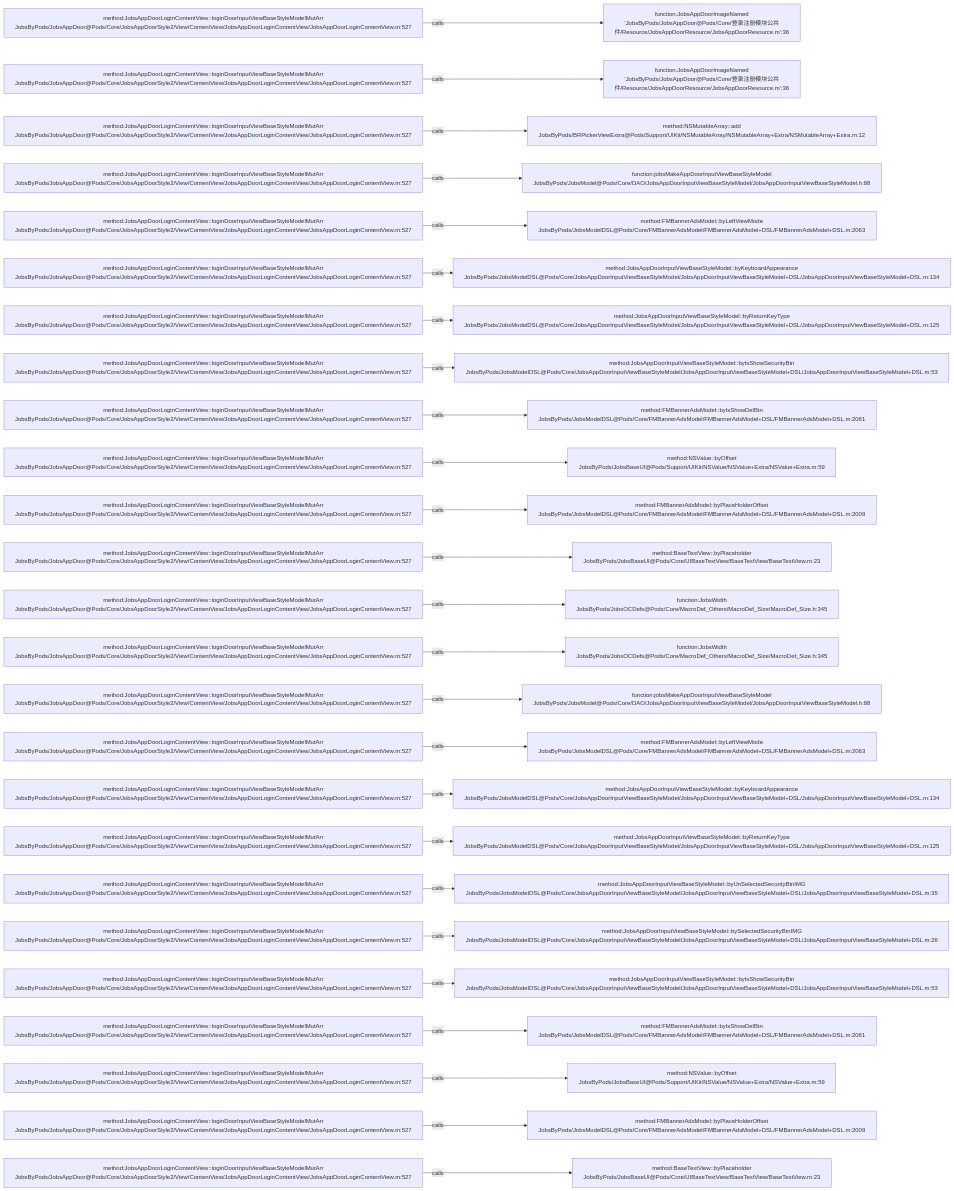
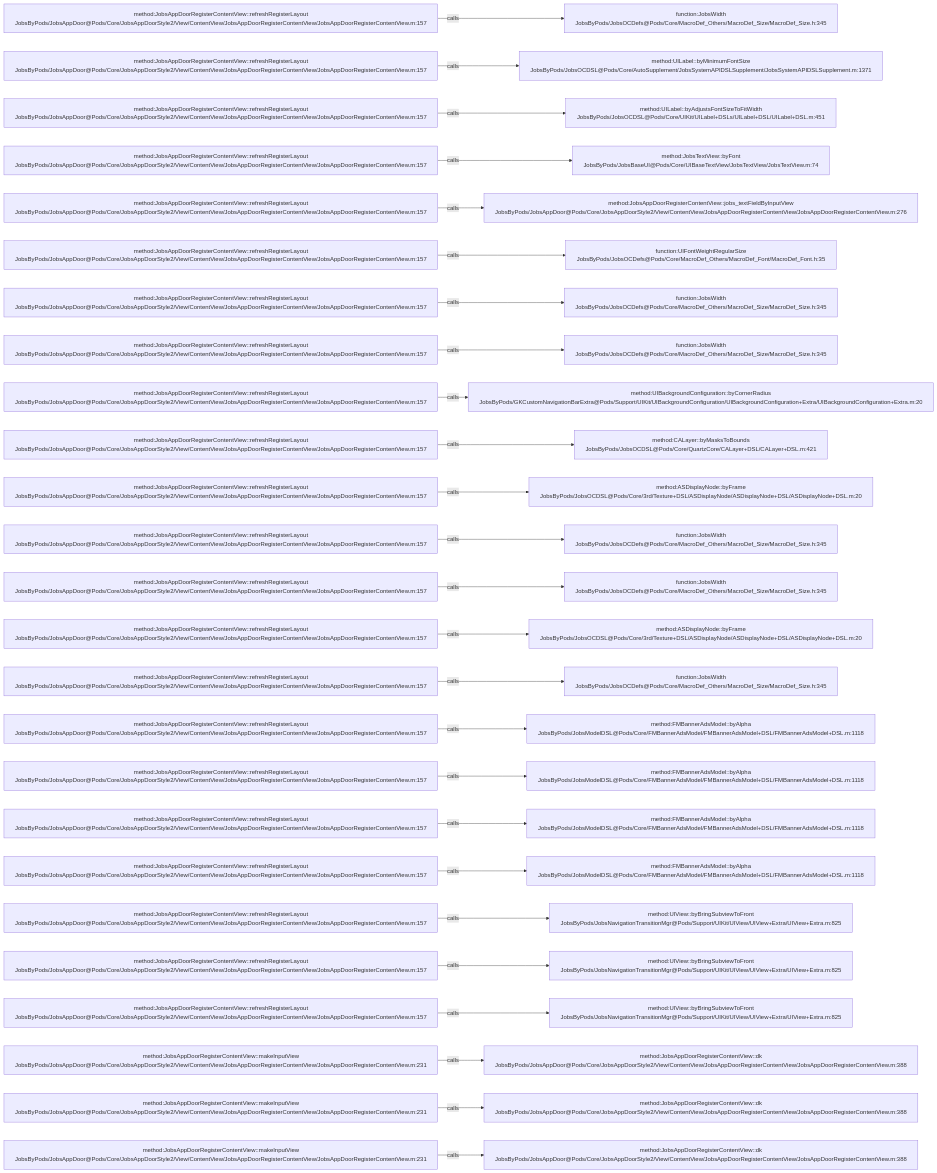
The diagram in .codegraph/codegraph.md/graphs/calls-127.md (JobsKits/JobsOCBaseConfigDemo), drawn with Mermaid before and after one commit. The commit also changed 223 other files, not shown here.

````diff
--- a/.codegraph/codegraph.md/graphs/calls-127.md
+++ b/.codegraph/codegraph.md/graphs/calls-127.md
@@ -13,78 +13,78 @@
 ```mermaid
 flowchart LR
-  S1["method:JobsAppDoorLoginContentView::loginDoorInputViewBaseStyleModelMutArr<br/>JobsByPods/JobsAppDoor@Pods/Core/JobsAppDoorStyle2/View/ContentView/JobsAppDoorLoginContentView/JobsAppDoorLoginContentView.m:527"]
-  T1["function:JobsAppDoorImageNamed<br/>'JobsByPods/JobsAppDoor@Pods/Core/登录注册模块公共件/Resource/JobsAppDoorResource/JobsAppDoorResource.m':36"]
+  S1["method:JobsAppDoorRegisterContentView::refreshRegisterLayout<br/>JobsByPods/JobsAppDoor@Pods/Core/JobsAppDoorStyle2/View/ContentView/JobsAppDoorRegisterContentView/JobsAppDoorRegisterContentView.m:157"]
+  T1["function:JobsWidth<br/>JobsByPods/JobsOCDefs@Pods/Core/MacroDef_Others/MacroDef_Size/MacroDef_Size.h:345"]
   S1 -->|calls| T1
-  S2["method:JobsAppDoorLoginContentView::loginDoorInputViewBaseStyleModelMutArr<br/>JobsByPods/JobsAppDoor@Pods/Core/JobsAppDoorStyle2/View/ContentView/JobsAppDoorLoginContentView/JobsAppDoorLoginContentView.m:527"]
-  T2["function:JobsAppDoorImageNamed<br/>'JobsByPods/JobsAppDoor@Pods/Core/登录注册模块公共件/Resource/JobsAppDoorResource/JobsAppDoorResource.m':36"]
+  S2["method:JobsAppDoorRegisterContentView::refreshRegisterLayout<br/>JobsByPods/JobsAppDoor@Pods/Core/JobsAppDoorStyle2/View/ContentView/JobsAppDoorRegisterContentView/JobsAppDoorRegisterContentView.m:157"]
+  T2["method:UILabel::byMinimumFontSize<br/>JobsByPods/JobsOCDSL@Pods/Core/AutoSupplement/JobsSystemAPIDSLSupplement/JobsSystemAPIDSLSupplement.m:1371"]
   S2 -->|calls| T2
-  S3["method:JobsAppDoorLoginContentView::loginDoorInputViewBaseStyleModelMutArr<br/>JobsByPods/JobsAppDoor@Pods/Core/JobsAppDoorStyle2/View/ContentView/JobsAppDoorLoginContentView/JobsAppDoorLoginContentView.m:527"]
-  T3["method:NSMutableArray::add<br/>JobsByPods/BRPickerViewExtra@Pods/Support/UIKit/NSMutableArray/NSMutableArray+Extra/NSMutableArray+Extra.m:12"]
+  S3["method:JobsAppDoorRegisterContentView::refreshRegisterLayout<br/>JobsByPods/JobsAppDoor@Pods/Core/JobsAppDoorStyle2/View/ContentView/JobsAppDoorRegisterContentView/JobsAppDoorRegisterContentView.m:157"]
+  T3["method:UILabel::byAdjustsFontSizeToFitWidth<br/>JobsByPods/JobsOCDSL@Pods/Core/UIKit/UILabel+DSLs/UILabel+DSL/UILabel+DSL.m:451"]
   S3 -->|calls| T3
-  S4["method:JobsAppDoorLoginContentView::loginDoorInputViewBaseStyleModelMutArr<br/>JobsByPods/JobsAppDoor@Pods/Core/JobsAppDoorStyle2/View/ContentView/JobsAppDoorLoginContentView/JobsAppDoorLoginContentView.m:527"]
-  T4["function:jobsMakeAppDoorInputViewBaseStyleModel<br/>JobsByPods/JobsModel@Pods/Core/DAO/JobsAppDoorInputViewBaseStyleModel/JobsAppDoorInputViewBaseStyleModel.h:88"]
+  S4["method:JobsAppDoorRegisterContentView::refreshRegisterLayout<br/>JobsByPods/JobsAppDoor@Pods/Core/JobsAppDoorStyle2/View/ContentView/JobsAppDoorRegisterContentView/JobsAppDoorRegisterContentView.m:157"]
+  T4["method:JobsTextView::byFont<br/>JobsByPods/JobsBaseUI@Pods/Core/UIBaseTextView/JobsTextView/JobsTextView.m:74"]
   S4 -->|calls| T4
-  S5["method:JobsAppDoorLoginContentView::loginDoorInputViewBaseStyleModelMutArr<br/>JobsByPods/JobsAppDoor@Pods/Core/JobsAppDoorStyle2/View/ContentView/JobsAppDoorLoginContentView/JobsAppDoorLoginContentView.m:527"]
-  T5["method:FMBannerAdsModel::byLeftViewMode<br/>JobsByPods/JobsModelDSL@Pods/Core/FMBannerAdsModel/FMBannerAdsModel+DSL/FMBannerAdsModel+DSL.m:2063"]
+  S5["method:JobsAppDoorRegisterContentView::refreshRegisterLayout<br/>JobsByPods/JobsAppDoor@Pods/Core/JobsAppDoorStyle2/View/ContentView/JobsAppDoorRegisterContentView/JobsAppDoorRegisterContentView.m:157"]
+  T5["method:JobsAppDoorRegisterContentView::jobs_textFieldByInputView<br/>JobsByPods/JobsAppDoor@Pods/Core/JobsAppDoorStyle2/View/ContentView/JobsAppDoorRegisterContentView/JobsAppDoorRegisterContentView.m:276"]
   S5 -->|calls| T5
-  S6["method:JobsAppDoorLoginContentView::loginDoorInputViewBaseStyleModelMutArr<br/>JobsByPods/JobsAppDoor@Pods/Core/JobsAppDoorStyle2/View/ContentView/JobsAppDoorLoginContentView/JobsAppDoorLoginContentView.m:527"]
-  T6["method:JobsAppDoorInputViewBaseStyleModel::byKeyboardAppearance<br/>JobsByPods/JobsModelDSL@Pods/Core/JobsAppDoorInputViewBaseStyleModel/JobsAppDoorInputViewBaseStyleModel+DSL/JobsAppDoorInputViewBaseStyleModel+DSL.m:134"]
+  S6["method:JobsAppDoorRegisterContentView::refreshRegisterLayout<br/>JobsByPods/JobsAppDoor@Pods/Core/JobsAppDoorStyle2/View/ContentView/JobsAppDoorRegisterContentView/JobsAppDoorRegisterContentView.m:157"]
+  T6["function:UIFontWeightRegularSize<br/>JobsByPods/JobsOCDefs@Pods/Core/MacroDef_Others/MacroDef_Font/MacroDef_Font.h:35"]
   S6 -->|calls| T6
-  S7["method:JobsAppDoorLoginContentView::loginDoorInputViewBaseStyleModelMutArr<br/>JobsByPods/JobsAppDoor@Pods/Core/JobsAppDoorStyle2/View/ContentView/JobsAppDoorLoginContentView/JobsAppDoorLoginContentView.m:527"]
-  T7["method:JobsAppDoorInputViewBaseStyleModel::byReturnKeyType<br/>JobsByPods/JobsModelDSL@Pods/Core/JobsAppDoorInputViewBaseStyleModel/JobsAppDoorInputViewBaseStyleModel+DSL/JobsAppDoorInputViewBaseStyleModel+DSL.m:125"]
+  S7["method:JobsAppDoorRegisterContentView::refreshRegisterLayout<br/>JobsByPods/JobsAppDoor@Pods/Core/JobsAppDoorStyle2/View/ContentView/JobsAppDoorRegisterContentView/JobsAppDoorRegisterContentView.m:157"]
+  T7["function:JobsWidth<br/>JobsByPods/JobsOCDefs@Pods/Core/MacroDef_Others/MacroDef_Size/MacroDef_Size.h:345"]
   S7 -->|calls| T7
-  S8["method:JobsAppDoorLoginContentView::loginDoorInputViewBaseStyleModelMutArr<br/>JobsByPods/JobsAppDoor@Pods/Core/JobsAppDoorStyle2/View/ContentView/JobsAppDoorLoginContentView/JobsAppDoorLoginContentView.m:527"]
-  T8["method:JobsAppDoorInputViewBaseStyleModel::byIsShowSecurityBtn<br/>JobsByPods/JobsModelDSL@Pods/Core/JobsAppDoorInputViewBaseStyleModel/JobsAppDoorInputViewBaseStyleModel+DSL/JobsAppDoorInputViewBaseStyleModel+DSL.m:53"]
+  S8["method:JobsAppDoorRegisterContentView::refreshRegisterLayout<br/>JobsByPods/JobsAppDoor@Pods/Core/JobsAppDoorStyle2/View/ContentView/JobsAppDoorRegisterContentView/JobsAppDoorRegisterContentView.m:157"]
+  T8["function:JobsWidth<br/>JobsByPods/JobsOCDefs@Pods/Core/MacroDef_Others/MacroDef_Size/MacroDef_Size.h:345"]
   S8 -->|calls| T8
-  S9["method:JobsAppDoorLoginContentView::loginDoorInputViewBaseStyleModelMutArr<br/>JobsByPods/JobsAppDoor@Pods/Core/JobsAppDoorStyle2/View/ContentView/JobsAppDoorLoginContentView/JobsAppDoorLoginContentView.m:527"]
-  T9["method:FMBannerAdsModel::byIsShowDelBtn<br/>JobsByPods/JobsModelDSL@Pods/Core/FMBannerAdsModel/FMBannerAdsModel+DSL/FMBannerAdsModel+DSL.m:2081"]
+  S9["method:JobsAppDoorRegisterContentView::refreshRegisterLayout<br/>JobsByPods/JobsAppDoor@Pods/Core/JobsAppDoorStyle2/View/ContentView/JobsAppDoorRegisterContentView/JobsAppDoorRegisterContentView.m:157"]
+  T9["method:UIBackgroundConfiguration::byCornerRadius<br/>JobsByPods/GKCustomNavigationBarExtra@Pods/Support/UIKit/UIBackgroundConfiguration/UIBackgroundConfiguration+Extra/UIBackgroundConfiguration+Extra.m:20"]
   S9 -->|calls| T9
-  S10["method:JobsAppDoorLoginContentView::loginDoorInputViewBaseStyleModelMutArr<br/>JobsByPods/JobsAppDoor@Pods/Core/JobsAppDoorStyle2/View/ContentView/JobsAppDoorLoginContentView/JobsAppDoorLoginContentView.m:527"]
-  T10["method:NSValue::byOffset<br/>JobsByPods/JobsBaseUI@Pods/Support/UIKit/NSValue/NSValue+Extra/NSValue+Extra.m:59"]
+  S10["method:JobsAppDoorRegisterContentView::refreshRegisterLayout<br/>JobsByPods/JobsAppDoor@Pods/Core/JobsAppDoorStyle2/View/ContentView/JobsAppDoorRegisterContentView/JobsAppDoorRegisterContentView.m:157"]
+  T10["method:CALayer::byMasksToBounds<br/>JobsByPods/JobsOCDSL@Pods/Core/QuartzCore/CALayer+DSL/CALayer+DSL.m:421"]
   S10 -->|calls| T10
-  S11["method:JobsAppDoorLoginContentView::loginDoorInputViewBaseStyleModelMutArr<br/>JobsByPods/JobsAppDoor@Pods/Core/JobsAppDoorStyle2/View/ContentView/JobsAppDoorLoginContentView/JobsAppDoorLoginContentView.m:527"]
-  T11["method:FMBannerAdsModel::byPlaceHolderOffset<br/>JobsByPods/JobsModelDSL@Pods/Core/FMBannerAdsModel/FMBannerAdsModel+DSL/FMBannerAdsModel+DSL.m:2009"]
+  S11["method:JobsAppDoorRegisterContentView::refreshRegisterLayout<br/>JobsByPods/JobsAppDoor@Pods/Core/JobsAppDoorStyle2/View/ContentView/JobsAppDoorRegisterContentView/JobsAppDoorRegisterContentView.m:157"]
+  T11["method:ASDisplayNode::byFrame<br/>JobsByPods/JobsOCDSL@Pods/Core/3rd/Texture+DSL/ASDisplayNode/ASDisplayNode+DSL/ASDisplayNode+DSL.m:20"]
   S11 -->|calls| T11
-  S12["method:JobsAppDoorLoginContentView::loginDoorInputViewBaseStyleModelMutArr<br/>JobsByPods/JobsAppDoor@Pods/Core/JobsAppDoorStyle2/View/ContentView/JobsAppDoorLoginContentView/JobsAppDoorLoginContentView.m:527"]
-  T12["method:BaseTextView::byPlaceholder<br/>JobsByPods/JobsBaseUI@Pods/Core/UIBaseTextView/BaseTextView/BaseTextView.m:23"]
+  S12["method:JobsAppDoorRegisterContentView::refreshRegisterLayout<br/>JobsByPods/JobsAppDoor@Pods/Core/JobsAppDoorStyle2/View/ContentView/JobsAppDoorRegisterContentView/JobsAppDoorRegisterContentView.m:157"]
+  T12["function:JobsWidth<br/>JobsByPods/JobsOCDefs@Pods/Core/MacroDef_Others/MacroDef_Size/MacroDef_Size.h:345"]
   S12 -->|calls| T12
-  S13["method:JobsAppDoorLoginContentView::loginDoorInputViewBaseStyleModelMutArr<br/>JobsByPods/JobsAppDoor@Pods/Core/JobsAppDoorStyle2/View/ContentView/JobsAppDoorLoginContentView/JobsAppDoorLoginContentView.m:527"]
+  S13["method:JobsAppDoorRegisterContentView::refreshRegisterLayout<br/>JobsByPods/JobsAppDoor@Pods/Core/JobsAppDoorStyle2/View/ContentView/JobsAppDoorRegisterContentView/JobsAppDoorRegisterContentView.m:157"]
   T13["function:JobsWidth<br/>JobsByPods/JobsOCDefs@Pods/Core/MacroDef_Others/MacroDef_Size/MacroDef_Size.h:345"]
   S13 -->|calls| T13
-  S14["method:JobsAppDoorLoginContentView::loginDoorInputViewBaseStyleModelMutArr<br/>JobsByPods/JobsAppDoor@Pods/Core/JobsAppDoorStyle2/View/ContentView/JobsAppDoorLoginContentView/JobsAppDoorLoginContentView.m:527"]
-  T14["function:JobsWidth<br/>JobsByPods/JobsOCDefs@Pods/Core/MacroDef_Others/MacroDef_Size/MacroDef_Size.h:345"]
+  S14["method:JobsAppDoorRegisterContentView::refreshRegisterLayout<br/>JobsByPods/JobsAppDoor@Pods/Core/JobsAppDoorStyle2/View/ContentView/JobsAppDoorRegisterContentView/JobsAppDoorRegisterContentView.m:157"]
+  T14["method:ASDisplayNode::byFrame<br/>JobsByPods/JobsOCDSL@Pods/Core/3rd/Texture+DSL/ASDisplayNode/ASDisplayNode+DSL/ASDisplayNode+DSL.m:20"]
   S14 -->|calls| T14
-  S15["method:JobsAppDoorLoginContentView::loginDoorInputViewBaseStyleModelMutArr<br/>JobsByPods/JobsAppDoor@Pods/Core/JobsAppDoorStyle2/View/ContentView/JobsAppDoorLoginContentView/JobsAppDoorLoginContentView.m:527"]
-  T15["function:jobsMakeAppDoorInputViewBaseStyleModel<br/>JobsByPods/JobsModel@Pods/Core/DAO/JobsAppDoorInputViewBaseStyleModel/JobsAppDoorInputViewBaseStyleModel.h:88"]
+  S15["method:JobsAppDoorRegisterContentView::refreshRegisterLayout<br/>JobsByPods/JobsAppDoor@Pods/Core/JobsAppDoorStyle2/View/ContentView/JobsAppDoorRegisterContentView/JobsAppDoorRegisterContentView.m:157"]
+  T15["function:JobsWidth<br/>JobsByPods/JobsOCDefs@Pods/Core/MacroDef_Others/MacroDef_Size/MacroDef_Size.h:345"]
   S15 -->|calls| T15
-  S16["method:JobsAppDoorLoginContentView::loginDoorInputViewBaseStyleModelMutArr<br/>JobsByPods/JobsAppDoor@Pods/Core/JobsAppDoorStyle2/View/ContentView/JobsAppDoorLoginContentView/JobsAppDoorLoginContentView.m:527"]
-  T16["method:FMBannerAdsModel::byLeftViewMode<br/>JobsByPods/JobsModelDSL@Pods/Core/FMBannerAdsModel/FMBannerAdsModel+DSL/FMBannerAdsModel+DSL.m:2063"]
+  S16["method:JobsAppDoorRegisterContentView::refreshRegisterLayout<br/>JobsByPods/JobsAppDoor@Pods/Core/JobsAppDoorStyle2/View/ContentView/JobsAppDoorRegisterContentView/JobsAppDoorRegisterContentView.m:157"]
+  T16["method:FMBannerAdsModel::byAlpha<br/>JobsByPods/JobsModelDSL@Pods/Core/FMBannerAdsModel/FMBannerAdsModel+DSL/FMBannerAdsModel+DSL.m:1118"]
   S16 -->|calls| T16
-  S17["method:JobsAppDoorLoginContentView::loginDoorInputViewBaseStyleModelMutArr<br/>JobsByPods/JobsAppDoor@Pods/Core/JobsAppDoorStyle2/View/ContentView/JobsAppDoorLoginContentView/JobsAppDoorLoginContentView.m:527"]
-  T17["method:JobsAppDoorInputViewBaseStyleModel::byKeyboardAppearance<br/>JobsByPods/JobsModelDSL@Pods/Core/JobsAppDoorInputViewBaseStyleModel/JobsAppDoorInputViewBaseStyleModel+DSL/JobsAppDoorInputViewBaseStyleModel+DSL.m:134"]
+  S17["method:JobsAppDoorRegisterContentView::refreshRegisterLayout<br/>JobsByPods/JobsAppDoor@Pods/Core/JobsAppDoorStyle2/View/ContentView/JobsAppDoorRegisterContentView/JobsAppDoorRegisterContentView.m:157"]
+  T17["method:FMBannerAdsModel::byAlpha<br/>JobsByPods/JobsModelDSL@Pods/Core/FMBannerAdsModel/FMBannerAdsModel+DSL/FMBannerAdsModel+DSL.m:1118"]
   S17 -->|calls| T17
-  S18["method:JobsAppDoorLoginContentView::loginDoorInputViewBaseStyleModelMutArr<br/>JobsByPods/JobsAppDoor@Pods/Core/JobsAppDoorStyle2/View/ContentView/JobsAppDoorLoginContentView/JobsAppDoorLoginContentView.m:527"]
-  T18["method:JobsAppDoorInputViewBaseStyleModel::byReturnKeyType<br/>JobsByPods/JobsModelDSL@Pods/Core/JobsAppDoorInputViewBaseStyleModel/JobsAppDoorInputViewBaseStyleModel+DSL/JobsAppDoorInputViewBaseStyleModel+DSL.m:125"]
+  S18["method:JobsAppDoorRegisterContentView::refreshRegisterLayout<br/>JobsByPods/JobsAppDoor@Pods/Core/JobsAppDoorStyle2/View/ContentView/JobsAppDoorRegisterContentView/JobsAppDoorRegisterContentView.m:157"]
+  T18["method:FMBannerAdsModel::byAlpha<br/>JobsByPods/JobsModelDSL@Pods/Core/FMBannerAdsModel/FMBannerAdsModel+DSL/FMBannerAdsModel+DSL.m:1118"]
   S18 -->|calls| T18
-  S19["method:JobsAppDoorLoginContentView::loginDoorInputViewBaseStyleModelMutArr<br/>JobsByPods/JobsAppDoor@Pods/Core/JobsAppDoorStyle2/View/ContentView/JobsAppDoorLoginContentView/JobsAppDoorLoginContentView.m:527"]
-  T19["method:JobsAppDoorInputViewBaseStyleModel::byUnSelectedSecurityBtnIMG<br/>JobsByPods/JobsModelDSL@Pods/Core/JobsAppDoorInputViewBaseStyleModel/JobsAppDoorInputViewBaseStyleModel+DSL/JobsAppDoorInputViewBaseStyleModel+DSL.m:35"]
+  S19["method:JobsAppDoorRegisterContentView::refreshRegisterLayout<br/>JobsByPods/JobsAppDoor@Pods/Core/JobsAppDoorStyle2/View/ContentView/JobsAppDoorRegisterContentView/JobsAppDoorRegisterContentView.m:157"]
+  T19["method:FMBannerAdsModel::byAlpha<br/>JobsByPods/JobsModelDSL@Pods/Core/FMBannerAdsModel/FMBannerAdsModel+DSL/FMBannerAdsModel+DSL.m:1118"]
   S19 -->|calls| T19
-  S20["method:JobsAppDoorLoginContentView::loginDoorInputViewBaseStyleModelMutArr<br/>JobsByPods/JobsAppDoor@Pods/Core/JobsAppDoorStyle2/View/ContentView/JobsAppDoorLoginContentView/JobsAppDoorLoginContentView.m:527"]
-  T20["method:JobsAppDoorInputViewBaseStyleModel::bySelectedSecurityBtnIMG<br/>JobsByPods/JobsModelDSL@Pods/Core/JobsAppDoorInputViewBaseStyleModel/JobsAppDoorInputViewBaseStyleModel+DSL/JobsAppDoorInputViewBaseStyleModel+DSL.m:26"]
+  S20["method:JobsAppDoorRegisterContentView::refreshRegisterLayout<br/>JobsByPods/JobsAppDoor@Pods/Core/JobsAppDoorStyle2/View/ContentView/JobsAppDoorRegisterContentView/JobsAppDoorRegisterContentView.m:157"]
+  T20["method:UIView::byBringSubviewToFront<br/>JobsByPods/JobsNavigationTransitionMgr@Pods/Support/UIKit/UIView/UIView+Extra/UIView+Extra.m:825"]
   S20 -->|calls| T20
-  S21["method:JobsAppDoorLoginContentView::loginDoorInputViewBaseStyleModelMutArr<br/>JobsByPods/JobsAppDoor@Pods/Core/JobsAppDoorStyle2/View/ContentView/JobsAppDoorLoginContentView/JobsAppDoorLoginContentView.m:527"]
-  T21["method:JobsAppDoorInputViewBaseStyleModel::byIsShowSecurityBtn<br/>JobsByPods/JobsModelDSL@Pods/Core/JobsAppDoorInputViewBaseStyleModel/JobsAppDoorInputViewBaseStyleModel+DSL/JobsAppDoorInputViewBaseStyleModel+DSL.m:53"]
+  S21["method:JobsAppDoorRegisterContentView::refreshRegisterLayout<br/>JobsByPods/JobsAppDoor@Pods/Core/JobsAppDoorStyle2/View/ContentView/JobsAppDoorRegisterContentView/JobsAppDoorRegisterContentView.m:157"]
+  T21["method:UIView::byBringSubviewToFront<br/>JobsByPods/JobsNavigationTransitionMgr@Pods/Support/UIKit/UIView/UIView+Extra/UIView+Extra.m:825"]
   S21 -->|calls| T21
-  S22["method:JobsAppDoorLoginContentView::loginDoorInputViewBaseStyleModelMutArr<br/>JobsByPods/JobsAppDoor@Pods/Core/JobsAppDoorStyle2/View/ContentView/JobsAppDoorLoginContentView/JobsAppDoorLoginContentView.m:527"]
-  T22["method:FMBannerAdsModel::byIsShowDelBtn<br/>JobsByPods/JobsModelDSL@Pods/Core/FMBannerAdsModel/FMBannerAdsModel+DSL/FMBannerAdsModel+DSL.m:2081"]
+  S22["method:JobsAppDoorRegisterContentView::refreshRegisterLayout<br/>JobsByPods/JobsAppDoor@Pods/Core/JobsAppDoorStyle2/View/ContentView/JobsAppDoorRegisterContentView/JobsAppDoorRegisterContentView.m:157"]
+  T22["method:UIView::byBringSubviewToFront<br/>JobsByPods/JobsNavigationTransitionMgr@Pods/Support/UIKit/UIView/UIView+Extra/UIView+Extra.m:825"]
   S22 -->|calls| T22
-  S23["method:JobsAppDoorLoginContentView::loginDoorInputViewBaseStyleModelMutArr<br/>JobsByPods/JobsAppDoor@Pods/Core/JobsAppDoorStyle2/View/ContentView/JobsAppDoorLoginContentView/JobsAppDoorLoginContentView.m:527"]
-  T23["method:NSValue::byOffset<br/>JobsByPods/JobsBaseUI@Pods/Support/UIKit/NSValue/NSValue+Extra/NSValue+Extra.m:59"]
+  S23["method:JobsAppDoorRegisterContentView::makeInputView<br/>JobsByPods/JobsAppDoor@Pods/Core/JobsAppDoorStyle2/View/ContentView/JobsAppDoorRegisterContentView/JobsAppDoorRegisterContentView.m:231"]
+  T23["method:JobsAppDoorRegisterContentView::dk<br/>JobsByPods/JobsAppDoor@Pods/Core/JobsAppDoorStyle2/View/ContentView/JobsAppDoorRegisterContentView/JobsAppDoorRegisterContentView.m:388"]
   S23 -->|calls| T23
-  S24["method:JobsAppDoorLoginContentView::loginDoorInputViewBaseStyleModelMutArr<br/>JobsByPods/JobsAppDoor@Pods/Core/JobsAppDoorStyle2/View/ContentView/JobsAppDoorLoginContentView/JobsAppDoorLoginContentView.m:527"]
-  T24["method:FMBannerAdsModel::byPlaceHolderOffset<br/>JobsByPods/JobsModelDSL@Pods/Core/FMBannerAdsModel/FMBannerAdsModel+DSL/FMBannerAdsModel+DSL.m:2009"]
+  S24["method:JobsAppDoorRegisterContentView::makeInputView<br/>JobsByPods/JobsAppDoor@Pods/Core/JobsAppDoorStyle2/View/ContentView/JobsAppDoorRegisterContentView/JobsAppDoorRegisterContentView.m:231"]
+  T24["method:JobsAppDoorRegisterContentView::dk<br/>JobsByPods/JobsAppDoor@Pods/Core/JobsAppDoorStyle2/View/ContentView/JobsAppDoorRegisterContentView/JobsAppDoorRegisterContentView.m:388"]
   S24 -->|calls| T24
-  S25["method:JobsAppDoorLoginContentView::loginDoorInputViewBaseStyleModelMutArr<br/>JobsByPods/JobsAppDoor@Pods/Core/JobsAppDoorStyle2/View/ContentView/JobsAppDoorLoginContentView/JobsAppDoorLoginContentView.m:527"]
-  T25["method:BaseTextView::byPlaceholder<br/>JobsByPods/JobsBaseUI@Pods/Core/UIBaseTextView/BaseTextView/BaseTextView.m:23"]
+  S25["method:JobsAppDoorRegisterContentView::makeInputView<br/>JobsByPods/JobsAppDoor@Pods/Core/JobsAppDoorStyle2/View/ContentView/JobsAppDoorRegisterContentView/JobsAppDoorRegisterContentView.m:231"]
+  T25["method:JobsAppDoorRegisterContentView::dk<br/>JobsByPods/JobsAppDoor@Pods/Core/JobsAppDoorStyle2/View/ContentView/JobsAppDoorRegisterContentView/JobsAppDoorRegisterContentView.m:388"]
   S25 -->|calls| T25
 ```
````
